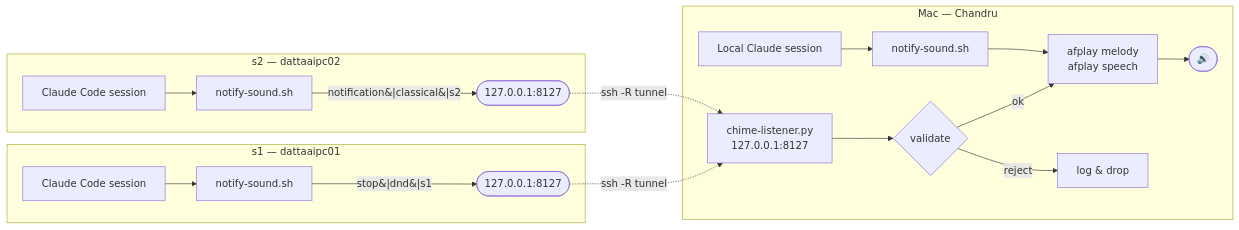
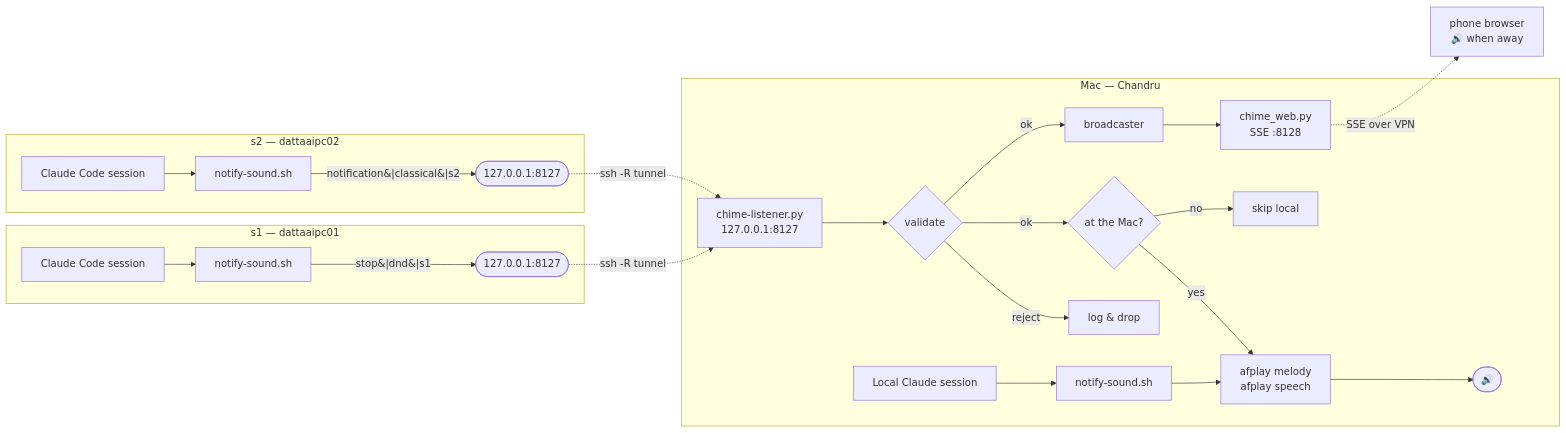
Before and after one commit to chandroos24/claw-bell: the diagram in docs/architecture.md, drawn with Mermaid. The commit also changed other lines of this file and 13 other files, not shown here.

````diff
--- a/docs/architecture.md
+++ b/docs/architecture.md
@@ -28,24 +28,30 @@
 ```mermaid
 flowchart LR
     subgraph S1["s1 &mdash; dattaaipc01"]
         C1["Claude Code session"] --> H1["notify-sound.sh"]
         H1 -->|"stop&#124;dnd&#124;s1"| P1(["127.0.0.1:8127"])
     end
 
     subgraph S2["s2 &mdash; dattaaipc02"]
         C2["Claude Code session"] --> H2["notify-sound.sh"]
         H2 -->|"notification&#124;classical&#124;s2"| P2(["127.0.0.1:8127"])
     end
 
     subgraph MAC["Mac &mdash; Chandru"]
         L["chime-listener.py<br/>127.0.0.1:8127"]
         L --> V{"validate"}
-        V -->|"ok"| A["afplay melody<br/>afplay speech"]
         V -->|"reject"| X["log &amp; drop"]
+        V -->|"ok"| PR{"at the Mac?"}
+        PR -->|"yes"| A["afplay melody<br/>afplay speech"]
+        PR -->|"no"| Q["skip local"]
+        V -->|"ok"| BC["broadcaster"]
+        BC --> WEB["chime_web.py<br/>SSE :8128"]
         A --> SPK(["🔊"])
         C3["Local Claude session"] --> H3["notify-sound.sh"] --> A
     end
 
+    WEB -.->|"SSE over VPN"| PHONE["phone browser<br/>🔊 when away"]
+
     P1 -.->|"ssh -R tunnel"| L
     P2 -.->|"ssh -R tunnel"| L
 ```
````
